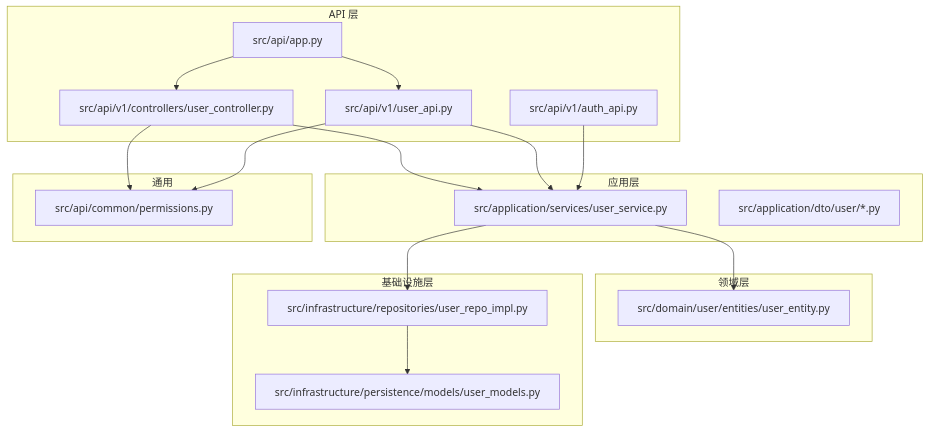
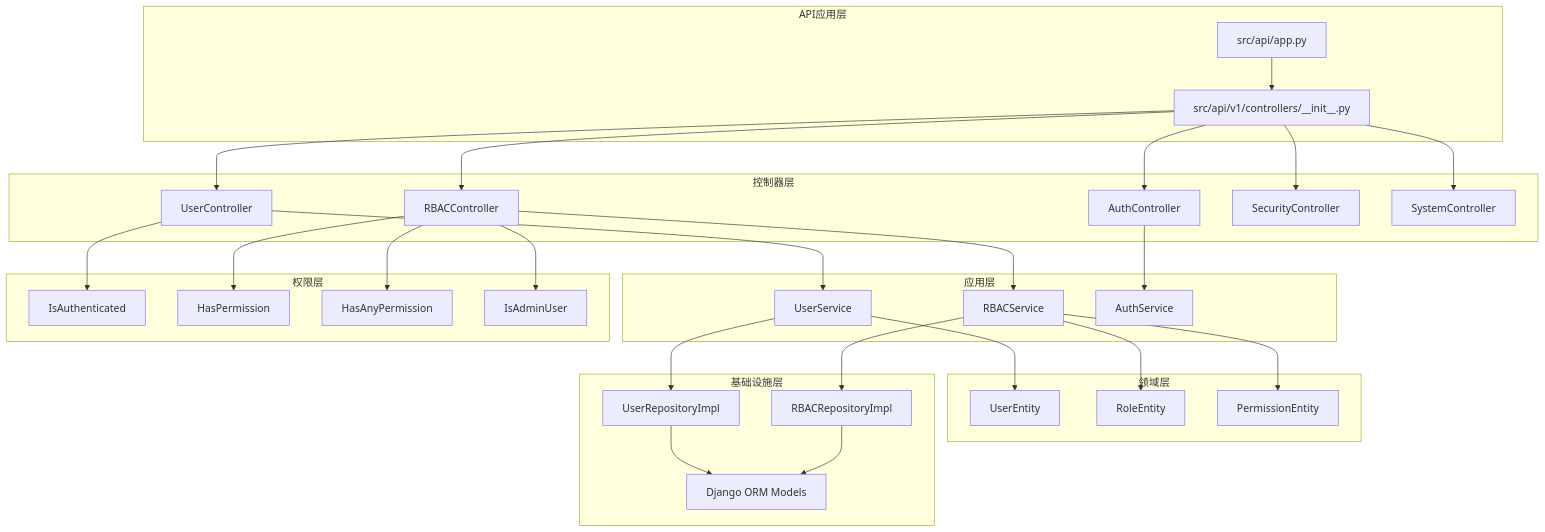
Before and after one commit to taoweidong/Hello-Django-Ninja-Api: the first of 7 diagrams in .qoder/repowiki/zh/content/API 接口文档/用户管理接口.md, drawn with Mermaid. The commit also changed other lines of this file and 7 other files, not shown here.

````diff
--- a/.qoder/repowiki/zh/content/API 接口文档/用户管理接口.md
+++ b/.qoder/repowiki/zh/content/API 接口文档/用户管理接口.md
@@ -45,33 +59,55 @@
 ```mermaid
 graph TB
-subgraph "API 层"
+subgraph "API应用层"
 A1["src/api/app.py"]
-A2["src/api/v1/user_api.py"]
-A3["src/api/v1/controllers/user_controller.py"]
-A4["src/api/v1/auth_api.py"]
+A2["src/api/v1/controllers/__init__.py"]
+end
+subgraph "控制器层"
+C1["UserController"]
+C2["RBACController"]
+C3["AuthController"]
+C4["SecurityController"]
+C5["SystemController"]
 end
 subgraph "应用层"
-U1["src/application/services/user_service.py"]
-U2["src/application/dto/user/*.py"]
+U1["UserService"]
+U2["RBACService"]
+U3["AuthService"]
 end
 subgraph "领域层"
-D1["src/domain/user/entities/user_entity.py"]
+D1["UserEntity"]
+D2["RoleEntity"]
+D3["PermissionEntity"]
 end
 subgraph "基础设施层"
-I1["src/infrastructure/repositories/user_repo_impl.py"]
-I2["src/infrastructure/persistence/models/user_models.py"]
+I1["UserRepositoryImpl"]
+I2["RBACRepositoryImpl"]
+I3["Django ORM Models"]
 end
-subgraph "通用"
-G1["src/api/common/permissions.py"]
+subgraph "权限层"
+P1["IsAuthenticated"]
+P2["HasPermission"]
+P3["HasAnyPermission"]
+P4["IsAdminUser"]
 end
-A1 --> A3
 A1 --> A2
-A3 --> U1
-A2 --> U1
-A4 --> U1
+A2 --> C1
+A2 --> C2
+A2 --> C3
+A2 --> C4
+A2 --> C5
+C1 --> U1
+C2 --> U2
+C3 --> U3
 U1 --> I1
-I1 --> I2
+U2 --> I2
+I1 --> I3
+I2 --> I3
+C1 --> P1
+C2 --> P2
+C2 --> P3
+C2 --> P4
 U1 --> D1
-A3 --> G1
-A2 --> G1
+U2 --> D2
+U2 --> D3
 ```
````
